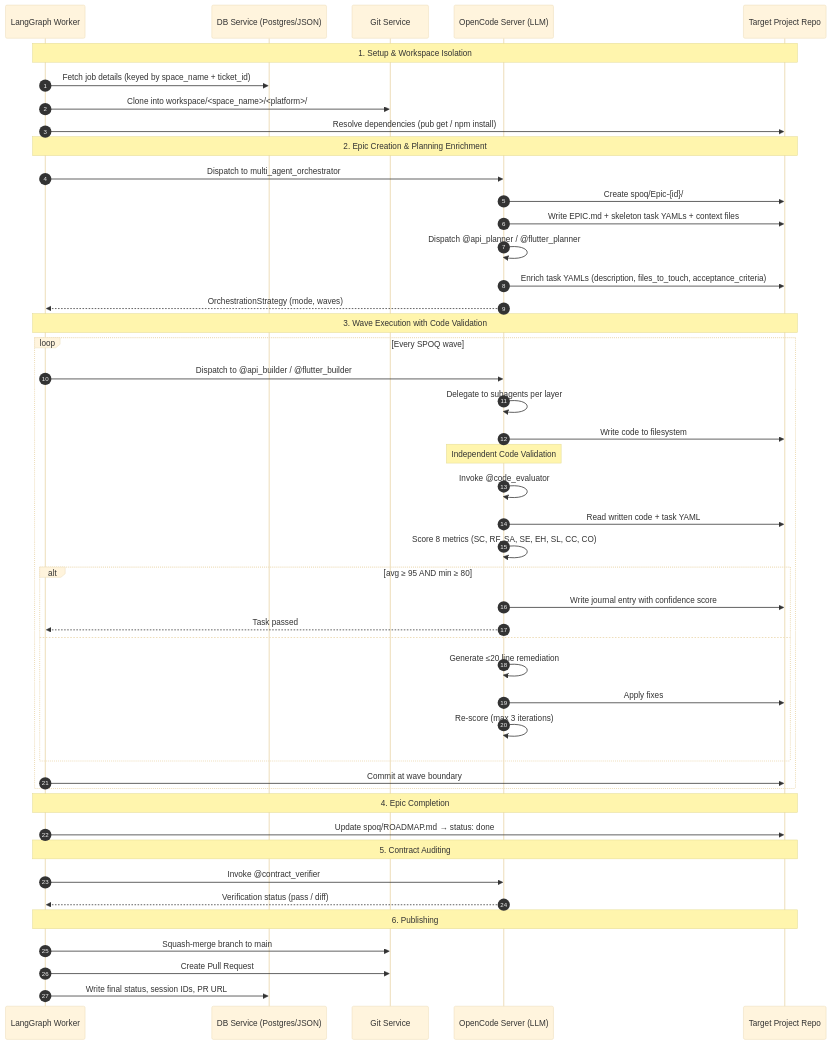
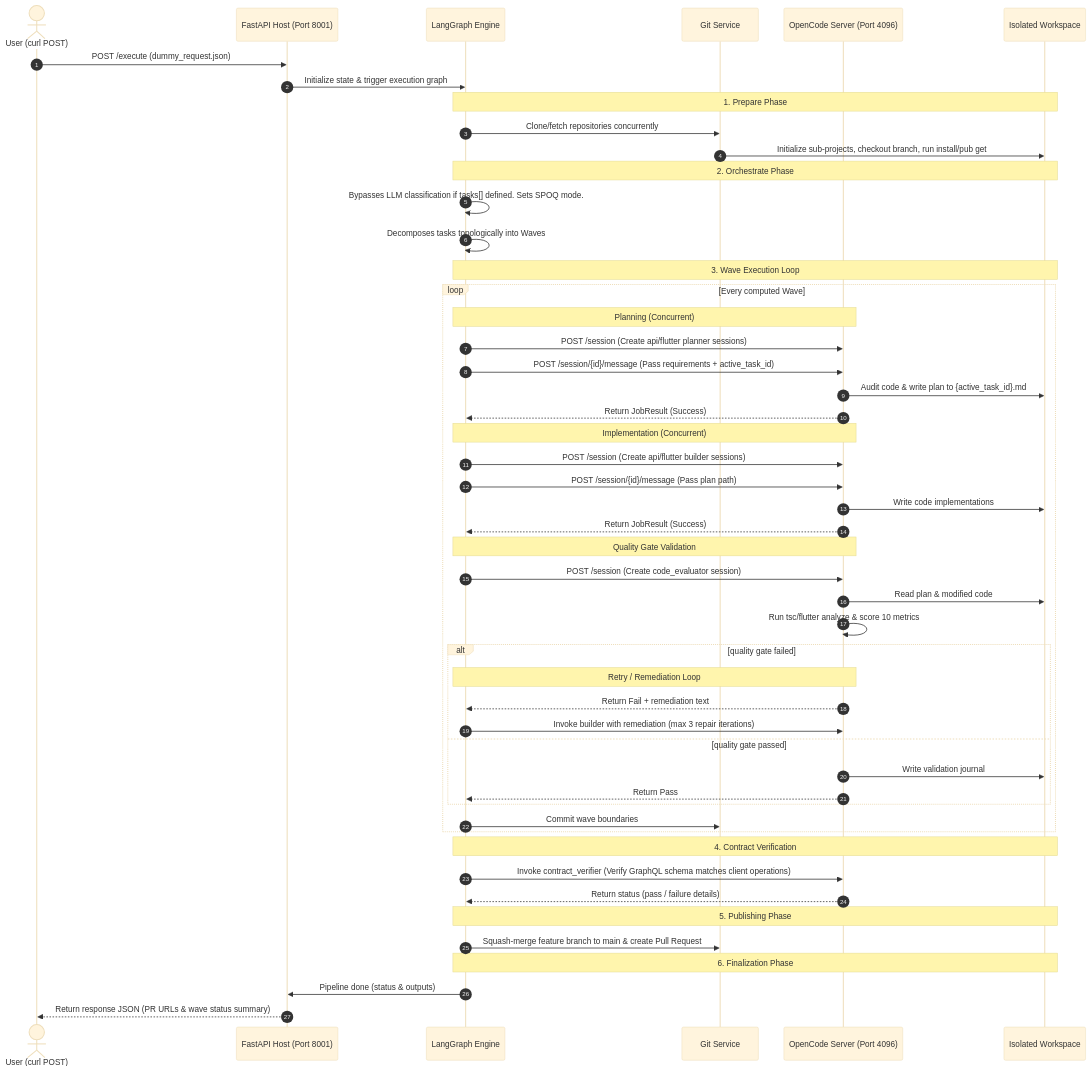
Before and after one commit to basnetjiten/test-repo: the fourth of 4 diagrams in ebprocess-development/Architecture.md, drawn with Mermaid (base theme). The commit also changed other lines of this file and 35 other files, not shown here.

Commit message:
feat: implement langraph-based spoq pipeline

````diff
--- a/ebprocess-development/Architecture.md
+++ b/ebprocess-development/Architecture.md
@@ -382,56 +349,71 @@
 ```mermaid
 sequenceDiagram
     autonumber
-    participant Pipeline as LangGraph Worker
-    participant DB as DB Service (Postgres/JSON)
-    participant git as Git Service
-    participant OpenCode as OpenCode Server (LLM)
-    participant Repo as Target Project Repo
+    actor User as User (curl POST)
+    participant FastAPI as FastAPI Host (Port 8001)
+    participant Graph as LangGraph Engine
+    participant Git as Git Service
+    participant OpenCode as OpenCode Server (Port 4096)
+    participant Workspace as Isolated Workspace
 
-    Note over Pipeline,Repo: 1. Setup & Workspace Isolation
-    Pipeline->>DB: Fetch job details (keyed by space_name + ticket_id)
-    Pipeline->>git: Clone into workspace/<space_name>/<platform>/
-    Pipeline->>Repo: Resolve dependencies (pub get / npm install)
+    User->>FastAPI: POST /execute (dummy_request.json)
+    FastAPI->>Graph: Initialize state & trigger execution graph
 
-    Note over Pipeline,Repo: 2. Epic Creation & Planning Enrichment
-    Pipeline->>OpenCode: Dispatch to multi_agent_orchestrator
-    OpenCode->>Repo: Create spoq/Epic-{id}/
-    OpenCode->>Repo: Write EPIC.md + skeleton task YAMLs + context files
-    OpenCode->>OpenCode: Dispatch @api_planner / @flutter_planner
-    OpenCode->>Repo: Enrich task YAMLs (description, files_to_touch, acceptance_criteria)
-    OpenCode-->>Pipeline: OrchestrationStrategy (mode, waves)
+    %% prepare phase
+    Note over Graph,Workspace: 1. Prepare Phase
+    Graph->>Git: Clone/fetch repositories concurrently
+    Git->>Workspace: Initialize sub-projects, checkout branch, run install/pub get
 
-    Note over Pipeline,Repo: 3. Wave Execution with Code Validation
-    loop Every SPOQ wave
-        Pipeline->>OpenCode: Dispatch to @api_builder / @flutter_builder
-        OpenCode->>OpenCode: Delegate to subagents per layer
-        OpenCode->>Repo: Write code to filesystem
+    %% orchestrate phase
+    Note over Graph,Workspace: 2. Orchestrate Phase
+    Graph->>Graph: Bypasses LLM classification if tasks[] defined. Sets SPOQ mode.
+    Graph->>Graph: Decomposes tasks topologically into Waves
 
-        Note over OpenCode: Independent Code Validation
-        OpenCode->>OpenCode: Invoke @code_evaluator
-        OpenCode->>Repo: Read written code + task YAML
-        OpenCode->>OpenCode: Score 8 metrics (SC, RF, SA, SE, EH, SL, CC, CO)
-        alt avg ≥ 95 AND min ≥ 80
-            OpenCode->>Repo: Write journal entry with confidence score
-            OpenCode-->>Pipeline: Task passed
-        else
-            OpenCode->>OpenCode: Generate ≤20 line remediation
-            OpenCode->>Repo: Apply fixes
-            OpenCode->>OpenCode: Re-score (max 3 iterations)
+    %% plan/generate loop
+    Note over Graph,Workspace: 3. Wave Execution Loop
+    loop Every computed Wave
+        %% plan phase
+        Note over Graph,OpenCode: Planning (Concurrent)
+        Graph->>OpenCode: POST /session (Create api/flutter planner sessions)
+        Graph->>OpenCode: POST /session/{id}/message (Pass requirements + active_task_id)
+        OpenCode->>Workspace: Audit code & write plan to {active_task_id}.md
+        OpenCode-->>Graph: Return JobResult (Success)
+
+        %% generate phase
+        Note over Graph,OpenCode: Implementation (Concurrent)
+        Graph->>OpenCode: POST /session (Create api/flutter builder sessions)
+        Graph->>OpenCode: POST /session/{id}/message (Pass plan path)
+        OpenCode->>Workspace: Write code implementations
+        OpenCode-->>Graph: Return JobResult (Success)
+
+        %% validation gate
+        Note over Graph,OpenCode: Quality Gate Validation
+        Graph->>OpenCode: POST /session (Create code_evaluator session)
+        OpenCode->>Workspace: Read plan & modified code
+        OpenCode->>OpenCode: Run tsc/flutter analyze & score 10 metrics
+        alt quality gate failed
+            Note over Graph,OpenCode: Retry / Remediation Loop
+            OpenCode-->>Graph: Return Fail + remediation text
+            Graph->>OpenCode: Invoke builder with remediation (max 3 repair iterations)
+        else quality gate passed
+            OpenCode->>Workspace: Write validation journal
+            OpenCode-->>Graph: Return Pass
         end
 
-        Pipeline->>Repo: Commit at wave boundary
+        Graph->>Git: Commit wave boundaries
     end
 
-    Note over Pipeline,Repo: 4. Epic Completion
-    Pipeline->>Repo: Update spoq/ROADMAP.md → status: done
+    %% contract auditing
+    Note over Graph,Workspace: 4. Contract Verification
+    Graph->>OpenCode: Invoke contract_verifier (Verify GraphQL schema matches client operations)
+    OpenCode-->>Graph: Return status (pass / failure details)
 
-    Note over Pipeline,Repo: 5. Contract Auditing
-    Pipeline->>OpenCode: Invoke @contract_verifier
-    OpenCode-->>Pipeline: Verification status (pass / diff)
-
-    Note over Pipeline,Repo: 6. Publishing
-    Pipeline->>git: Squash-merge branch to main
-    Pipeline->>git: Create Pull Request
-    Pipeline->>DB: Write final status, session IDs, PR URL
+    %% publish phase
+    Note over Graph,Workspace: 5. Publishing Phase
+    Graph->>Git: Squash-merge feature branch to main & create Pull Request
+    
+    %% finalize phase
+    Note over Graph,Workspace: 6. Finalization Phase
+    Graph->>FastAPI: Pipeline done (status & outputs)
+    FastAPI-->>User: Return response JSON (PR URLs & wave status summary)
 ```
````
